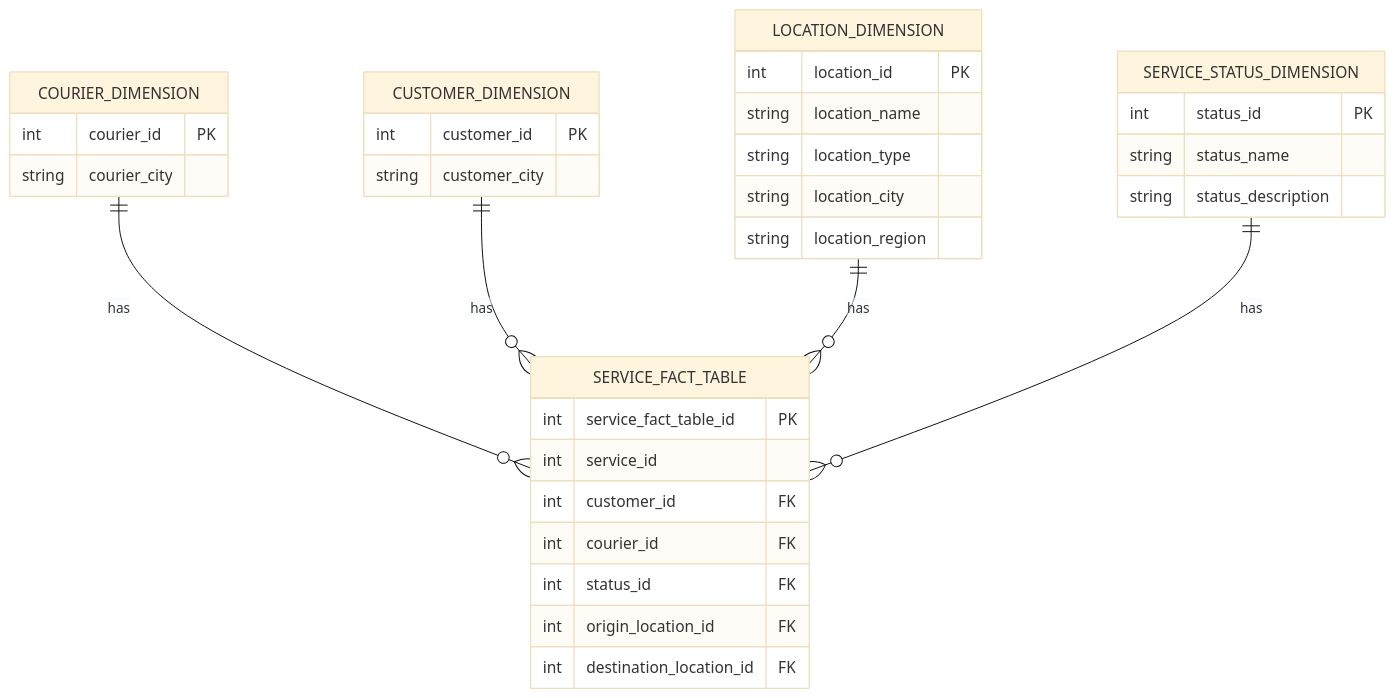
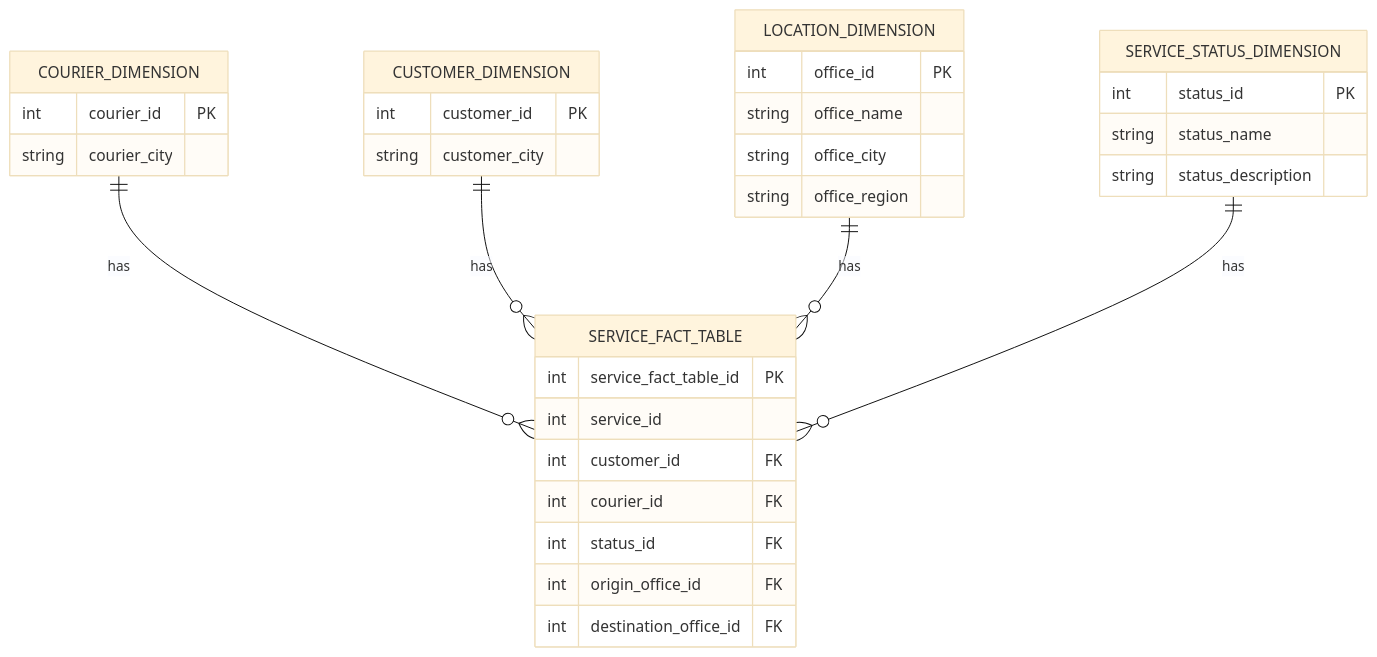
The eighth of 9 diagrams in dimensions_and_data_marts.md (LONG-TERM-EFFECTS-OF-SUFFERING/Rapidos_y_Furiosos_data_warehouse), drawn with Mermaid (base theme) before and after one commit. The commit also changed other lines of this file and 6 other files, not shown here.

Commit message:
edit time dimension and rename location to office

````diff
--- a/dimensions_and_data_marts.md
+++ b/dimensions_and_data_marts.md
@@ -121,41 +120,40 @@
 ```MERMAID
 erDiagram
     COURIER_DIMENSION {
         int courier_id PK
         string courier_city
     }
 
     CUSTOMER_DIMENSION {
         int customer_id PK
         string customer_city
     }
 
     LOCATION_DIMENSION {
-        int location_id PK
-        string location_name
-        string location_type
-        string location_city
-        string location_region
+        int office_id PK
+        string office_name
+        string office_city
+        string office_region
     }
 
     SERVICE_STATUS_DIMENSION {
         int status_id PK
         string status_name
         string status_description
     }
 
     SERVICE_FACT_TABLE {
         int service_fact_table_id PK
         int service_id
         int customer_id FK
         int courier_id FK
         int status_id FK
-        int origin_location_id FK
-        int destination_location_id FK
+        int origin_office_id FK
+        int destination_office_id FK
     }
 
     COURIER_DIMENSION ||--o{ SERVICE_FACT_TABLE : "has"
     CUSTOMER_DIMENSION ||--o{ SERVICE_FACT_TABLE : "has"
     LOCATION_DIMENSION ||--o{ SERVICE_FACT_TABLE : "has"
     SERVICE_STATUS_DIMENSION ||--o{ SERVICE_FACT_TABLE : "has"
 ```
````
